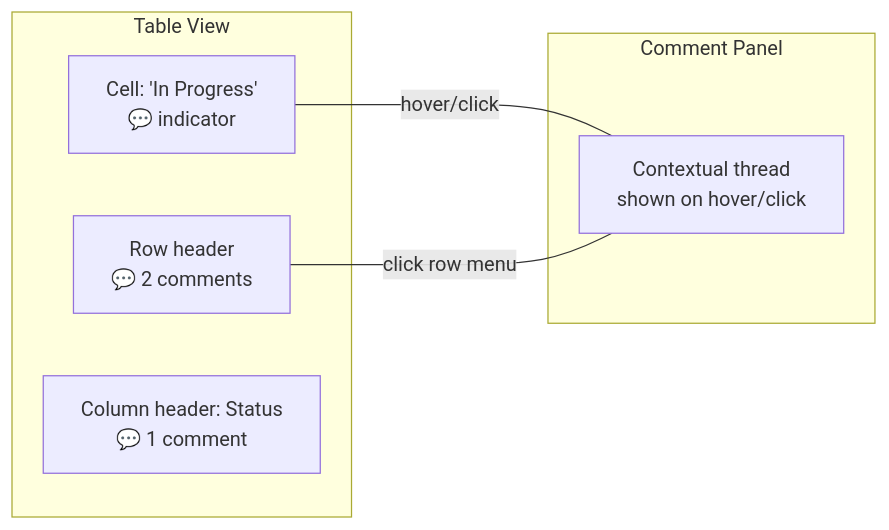
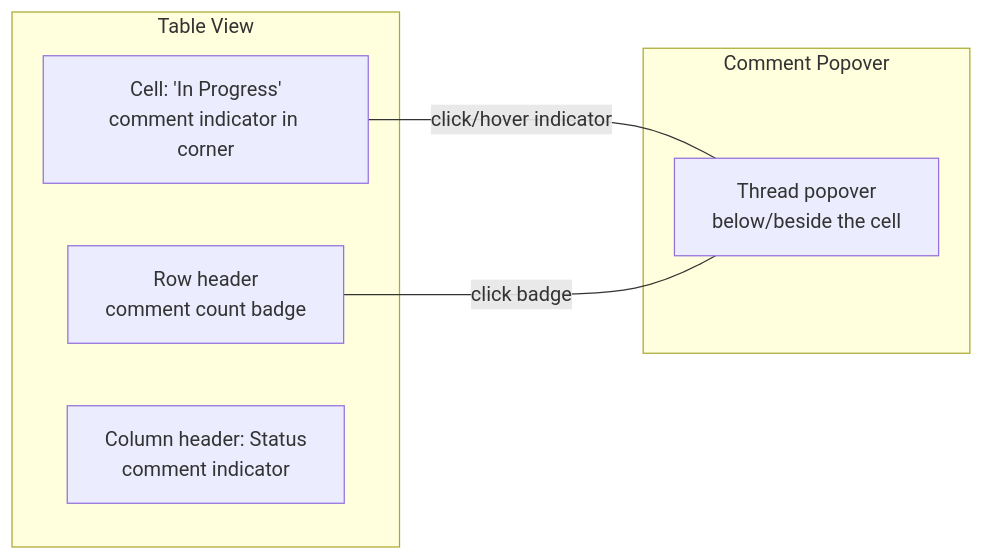
The eighth of 14 diagrams in docs/explorations/COMMENTING_SYSTEM.md (crs48/xNet), drawn with Mermaid before and after one commit. The commit also changed other lines of this file, not shown here.

Commit message:
Add inline comment popover UX and edit history section to commenting exploration

````diff
--- a/docs/explorations/COMMENTING_SYSTEM.md
+++ b/docs/explorations/COMMENTING_SYSTEM.md
@@ -447,15 +611,15 @@
 ```mermaid
 flowchart LR
     subgraph "Table View"
-        CELL["Cell: 'In Progress'<br/>💬 indicator"]
-        ROW["Row header<br/>💬 2 comments"]
-        COL["Column header: Status<br/>💬 1 comment"]
+        CELL["Cell: 'In Progress'<br/>comment indicator in corner"]
+        ROW["Row header<br/>comment count badge"]
+        COL["Column header: Status<br/>comment indicator"]
     end
 
-    subgraph "Comment Panel"
-        PANEL["Contextual thread<br/>shown on hover/click"]
+    subgraph "Comment Popover"
+        POP["Thread popover<br/>below/beside the cell"]
     end
 
-    CELL ---|hover/click| PANEL
-    ROW ---|click row menu| PANEL
+    CELL ---|"click/hover indicator"| POP
+    ROW ---|"click badge"| POP
 ```
````
